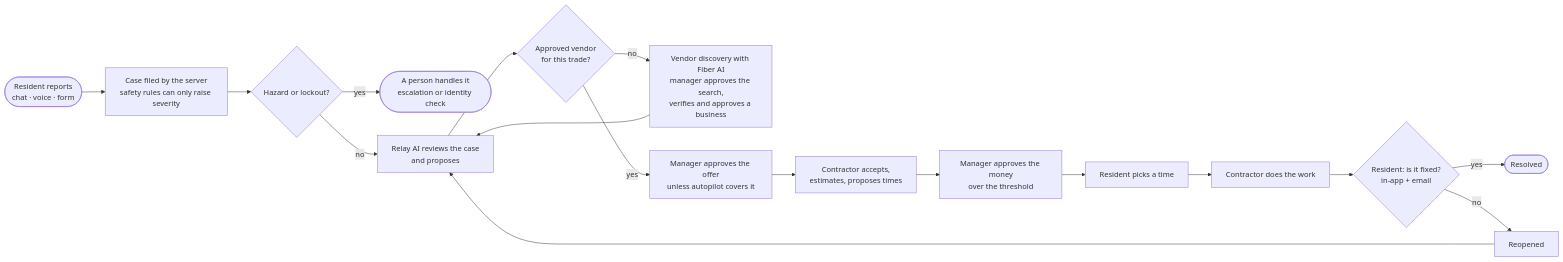
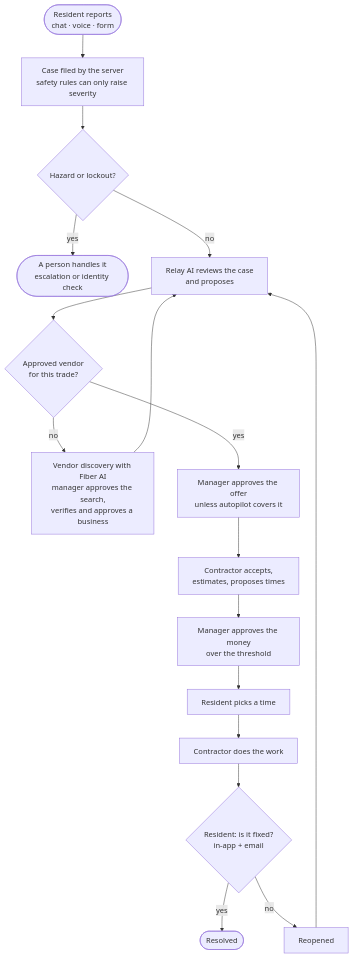
The first of 2 diagrams in README.md (elaineh16/yc-hackathon), drawn with Mermaid before and after one commit. The commit also changed other lines of this file and 1 other file, not shown here.

Commit message:
README: CI status, and a top-down workflow diagram that stays readable

````diff
--- a/README.md
+++ b/README.md
@@ -60,18 +60,18 @@
 ```mermaid
-flowchart LR
+flowchart TD
   R([Resident reports<br/>chat · voice · form]) --> C[Case filed by the server<br/>safety rules can only raise severity]
   C --> H{Hazard or lockout?}
   H -->|yes| P([A person handles it<br/>escalation or identity check])
   H -->|no| AI[Relay AI reviews the case<br/>and proposes]
   AI --> V{Approved vendor<br/>for this trade?}
   V -->|no| F[Vendor discovery with Fiber AI<br/>manager approves the search,<br/>verifies and approves a business]
   F --> AI
   V -->|yes| M[Manager approves the offer<br/>unless autopilot covers it]
   M --> K[Contractor accepts,<br/>estimates, proposes times]
   K --> AP[Manager approves the money<br/>over the threshold]
   AP --> T[Resident picks a time]
   T --> W[Contractor does the work]
   W --> Q{Resident: is it fixed?<br/>in-app + email}
   Q -->|yes| D([Resolved])
   Q -->|no| RO[Reopened] --> AI
 ```
````
